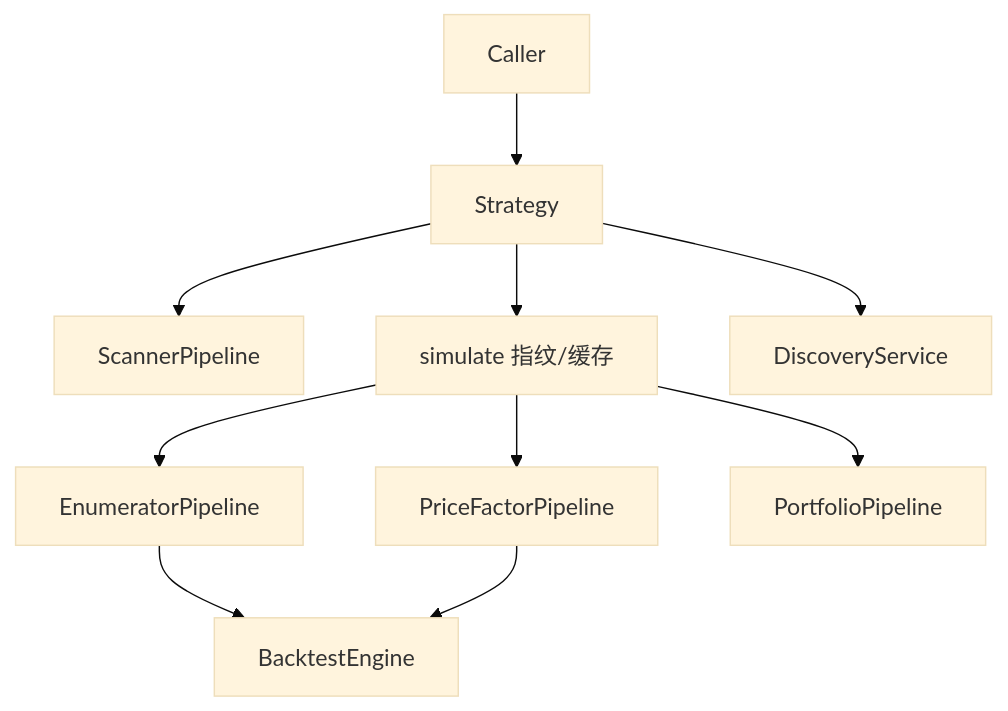
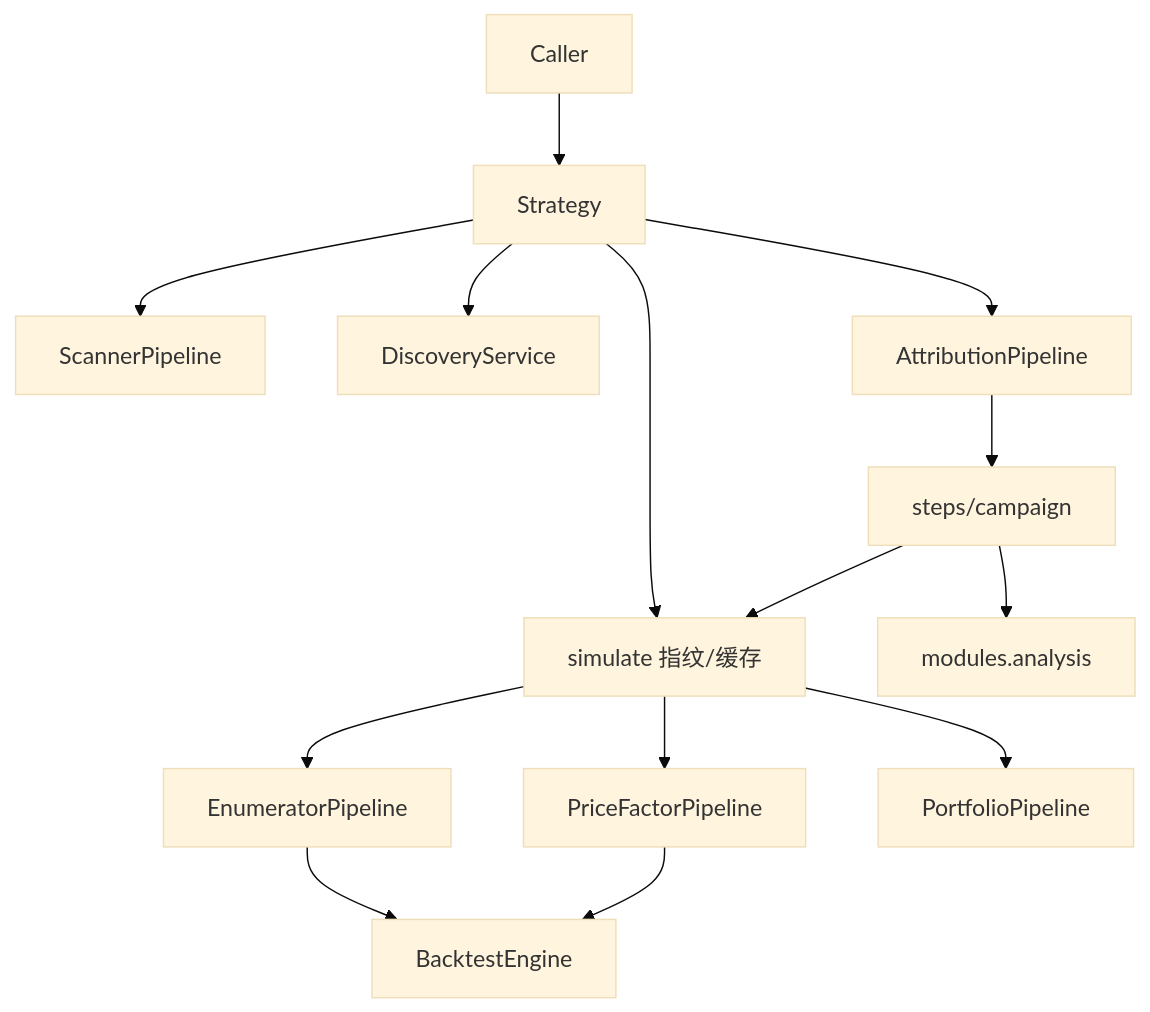
One commit to garnet1985/new-tea-quant changed the diagram in core/modules/strategy/docs/ARCHITECTURE.md. Above: the diagram before and after it, drawn with Mermaid (base theme). The commit also changed other lines of this file and 19 other files, not shown here.

````diff
--- a/core/modules/strategy/docs/ARCHITECTURE.md
+++ b/core/modules/strategy/docs/ARCHITECTURE.md
@@ -55,12 +58,16 @@
 ```mermaid
 flowchart TB
   Caller --> Facade[Strategy]
   Facade --> Scan[ScannerPipeline]
   Facade --> Sim[simulate 指纹/缓存]
   Sim --> Enum[EnumeratorPipeline]
   Sim --> Price[PriceFactorPipeline]
   Sim --> Port[PortfolioPipeline]
   Enum --> BE[BacktestEngine]
   Price --> BE
   Facade --> Disc[DiscoveryService]
+  Facade --> Attr[AttributionPipeline]
+  Attr --> Camp[steps/campaign]
+  Camp --> Sim
+  Camp --> Analysis[modules.analysis]
 ```
````
